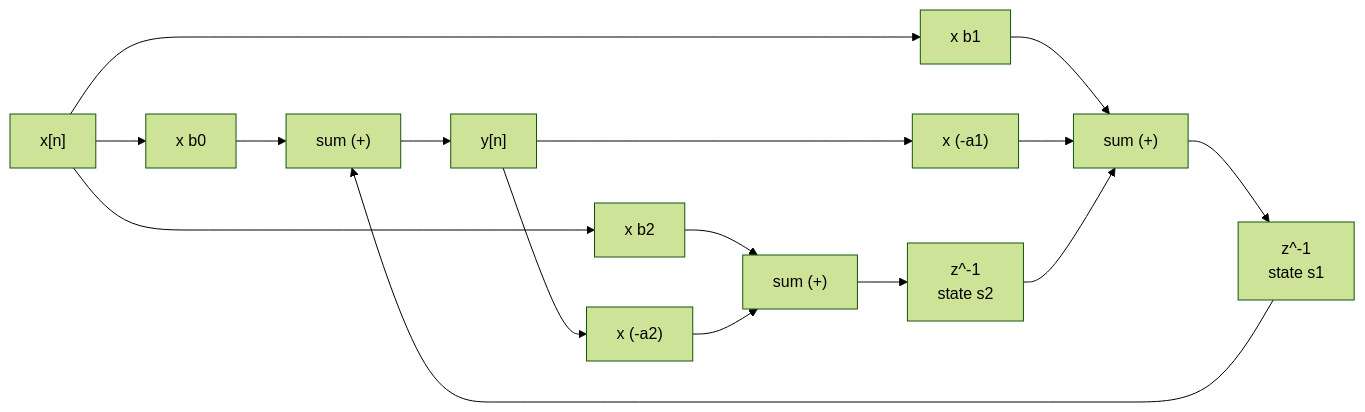
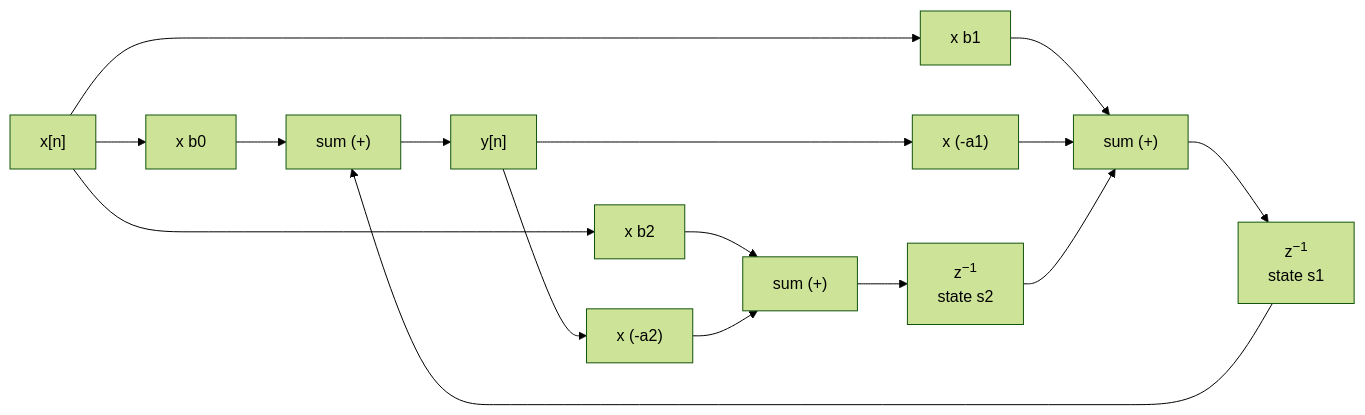
One commit to TomHsieh300/DAW-for-fun changed the fourth of 4 diagrams in lessons/02-filter/README.md. Above: the diagram before and after it, drawn with Mermaid (forest theme). The commit also changed other lines of this file and 19 other files, not shown here.

First line of the commit message:
lessons: typeset subscripts and superscripts in Mermaid labels

````diff
--- a/lessons/02-filter/README.md
+++ b/lessons/02-filter/README.md
@@ -567,18 +567,18 @@
 ```mermaid
 flowchart LR
     X["x[n]"] --> B0["x b0"]
     X --> B1["x b1"]
     X --> B2["x b2"]
     B0 --> S0["sum (+)"]
-    Z1["z^-1<br/>state s1"] --> S0
+    Z1["z<sup>−1</sup><br/>state s1"] --> S0
     S0 --> Y["y[n]"]
     Y --> A1["x (-a1)"]
     Y --> A2["x (-a2)"]
     B1 --> S1["sum (+)"]
     A1 --> S1
-    Z2["z^-1<br/>state s2"] --> S1
+    Z2["z<sup>−1</sup><br/>state s2"] --> S1
     S1 --> Z1
     B2 --> S2["sum (+)"]
     A2 --> S2
     S2 --> Z2
 ```
````
